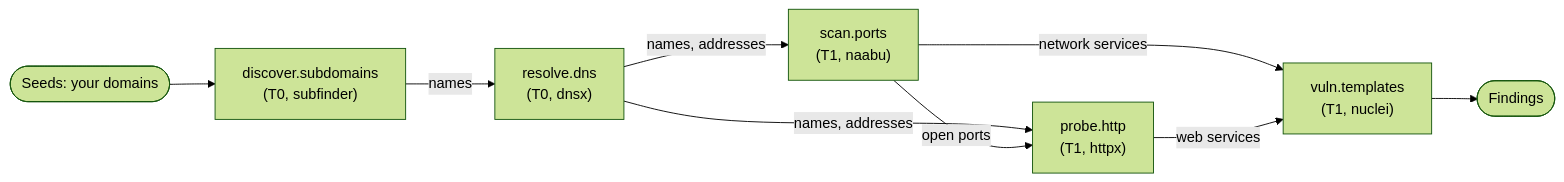
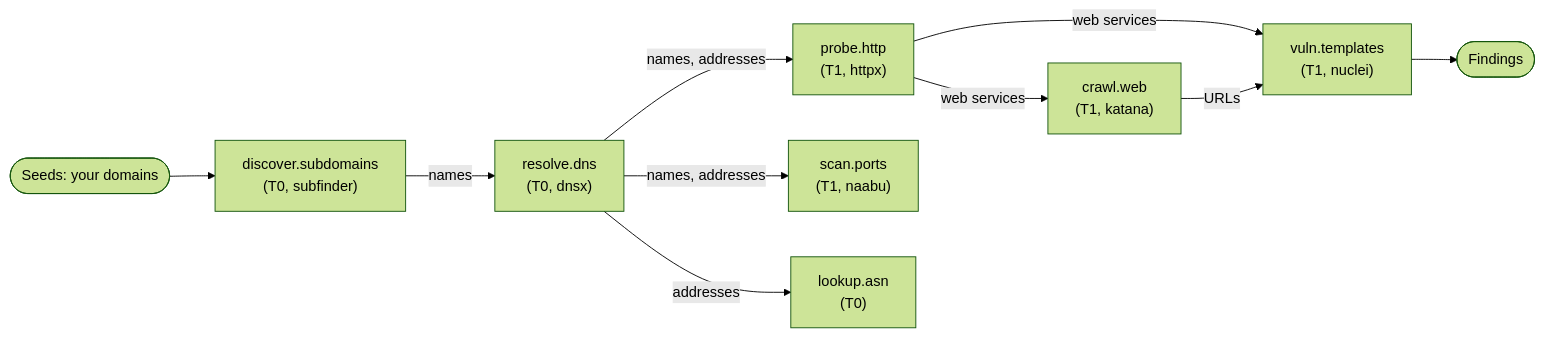
One commit to openctemio/docs changed the diagram in scanning/scan-workflows.md. Above: the diagram before and after it, drawn with Mermaid (forest theme). The commit also changed other lines of this file and 10 other files, not shown here.

````diff
--- a/scanning/scan-workflows.md
+++ b/scanning/scan-workflows.md
@@ -41,11 +54,12 @@
 ```mermaid
 flowchart LR
     SEED(["Seeds: your domains"]) --> SUB["discover.subdomains<br/>(T0, subfinder)"]
     SUB -->|"names"| DNS["resolve.dns<br/>(T0, dnsx)"]
+    DNS -->|"names, addresses"| HTTP["probe.http<br/>(T1, httpx)"]
     DNS -->|"names, addresses"| PORT["scan.ports<br/>(T1, naabu)"]
-    DNS -->|"names, addresses"| HTTP["probe.http<br/>(T1, httpx)"]
-    PORT -->|"open ports"| HTTP
-    PORT -->|"network services"| VULN["vuln.templates<br/>(T1, nuclei)"]
-    HTTP -->|"web services"| VULN
+    DNS -->|"addresses"| ASN["lookup.asn<br/>(T0)"]
+    HTTP -->|"web services"| CRAWL["crawl.web<br/>(T1, katana)"]
+    HTTP -->|"web services"| VULN["vuln.templates<br/>(T1, nuclei)"]
+    CRAWL -->|"URLs"| VULN
     VULN --> F(["Findings"])
 ```
````
